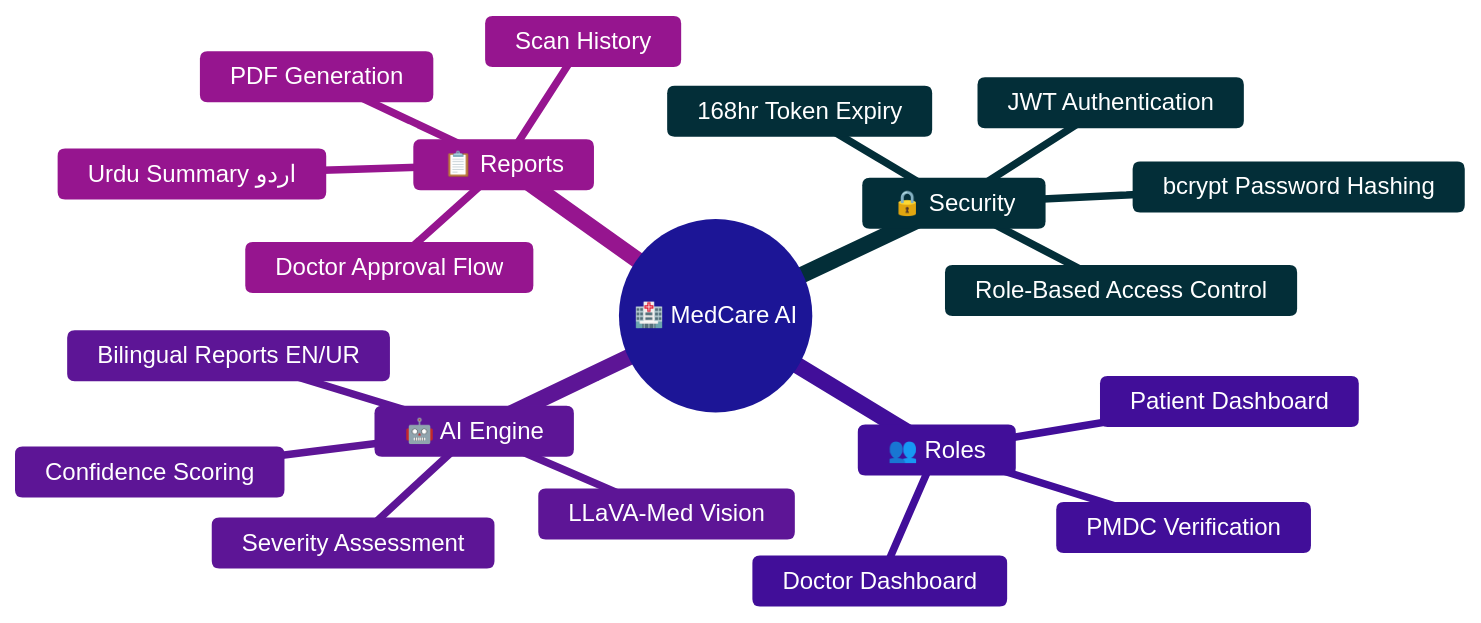
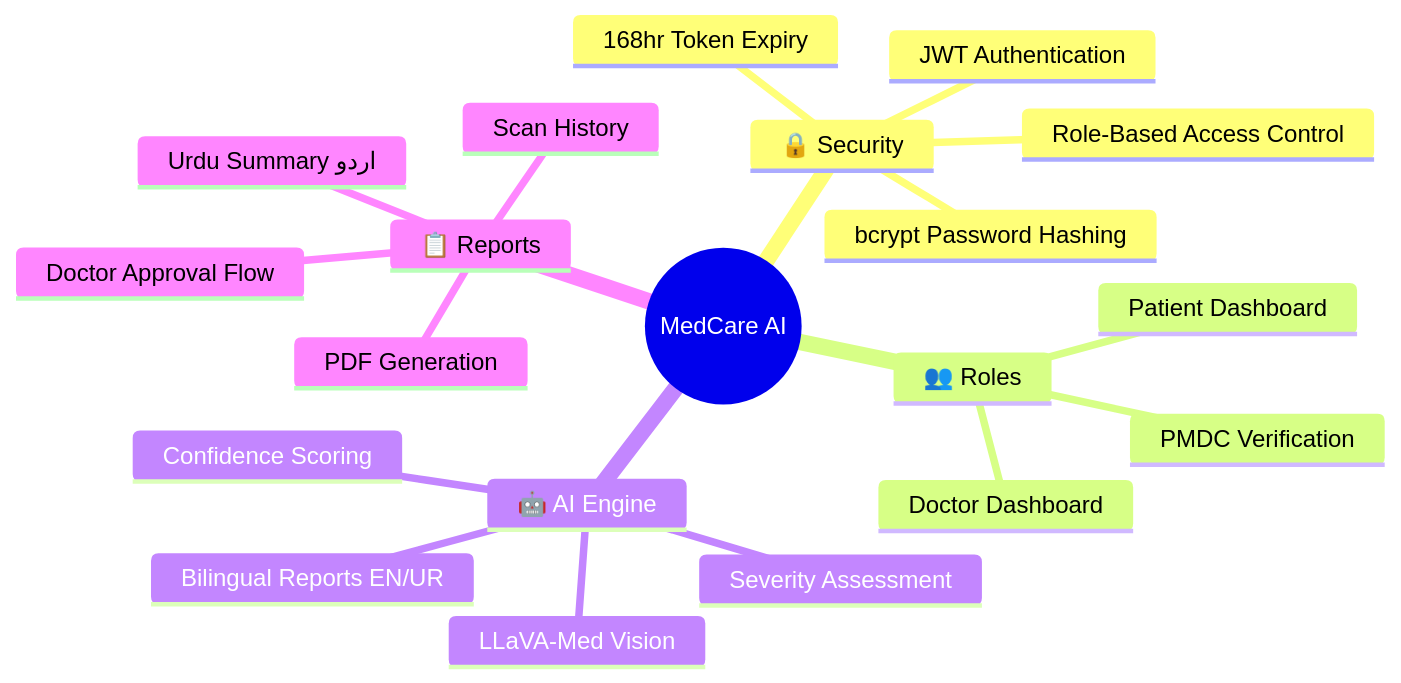
One commit to 24pwai0032-gif/medcare-ai changed the first of 3 diagrams in README.md. Above: the diagram before and after it, drawn with Mermaid. The commit also changed other lines of this file, not shown here.

First line of the commit message:
Revert "README: add live demo, GitHub stats, activity graph, demo showcase - 10/10 polish"

````diff
--- a/README.md
+++ b/README.md
@@ -164,24 +88,23 @@
 ```mermaid
-%%{init: {'theme': 'base', 'themeVariables': { 'primaryColor': '#4f46e5', 'primaryTextColor': '#ffffff', 'primaryBorderColor': '#6366f1', 'lineColor': '#a5b4fc', 'secondaryColor': '#0891b2', 'tertiaryColor': '#7c3aed' }}}%%
 mindmap
-  root((🏥 MedCare AI))
+  root((MedCare AI))
     🔒 Security
       JWT Authentication
       bcrypt Password Hashing
       Role-Based Access Control
       168hr Token Expiry
     👥 Roles
       Patient Dashboard
       Doctor Dashboard
       PMDC Verification
     🤖 AI Engine
       LLaVA-Med Vision
       Bilingual Reports EN/UR
       Severity Assessment
       Confidence Scoring
     📋 Reports
       PDF Generation
       Scan History
       Doctor Approval Flow
       Urdu Summary اردو
 ```
````
